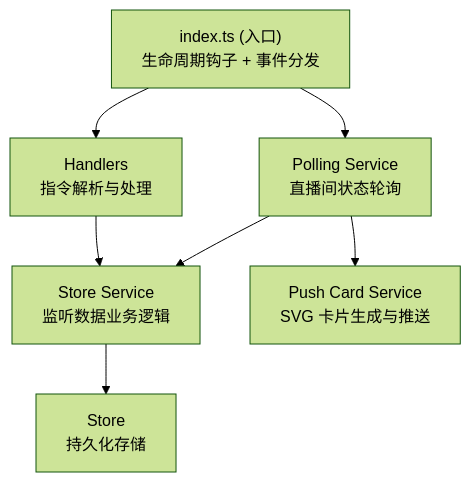
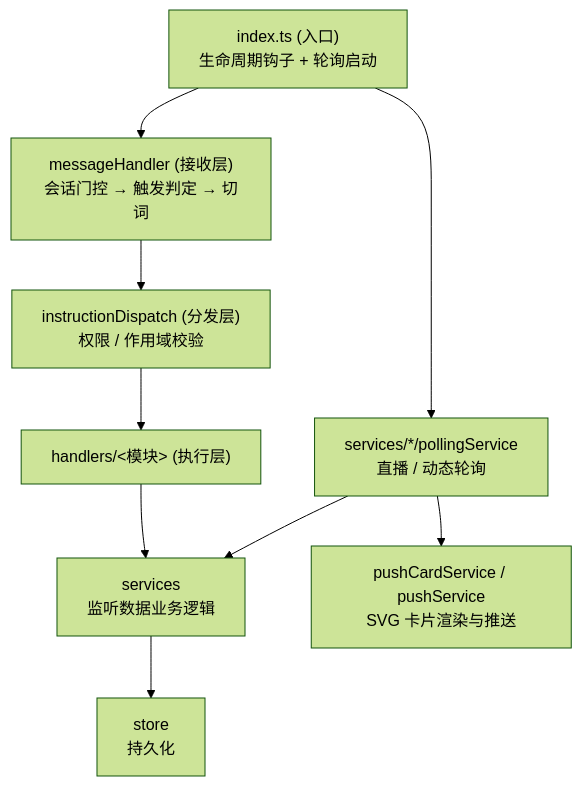
One commit to AliubYiero/napcat-plugin-bilibili-monitor changed the diagram in README.md. Above: the diagram before and after it, drawn with Mermaid (forest theme). The commit also changed other lines of this file and 310 other files, not shown here.

````diff
--- a/README.md
+++ b/README.md
@@ -194,10 +178,12 @@
 ```mermaid
 graph TD
-    Entry["index.ts (入口)<br/>生命周期钩子 + 事件分发"]
-    Entry --> Handlers["Handlers<br/>指令解析与处理"]
-    Entry --> Polling["Polling Service<br/>直播间状态轮询"]
-    Handlers --> StoreService["Store Service<br/>监听数据业务逻辑"]
-    Polling --> StoreService
-    StoreService --> Store["Store<br/>持久化存储"]
-    Polling --> PushCard["Push Card Service<br/>SVG 卡片生成与推送"]
+    Entry["index.ts (入口)<br/>生命周期钩子 + 轮询启动"]
+    Entry --> Handler["messageHandler (接收层)<br/>会话门控 → 触发判定 → 切词"]
+    Handler --> Dispatch["instructionDispatch (分发层)<br/>权限 / 作用域校验"]
+    Dispatch --> Exec["handlers/&lt;模块&gt; (执行层)"]
+    Exec --> Service["services<br/>监听数据业务逻辑"]
+    Entry --> Polling["services/*/pollingService<br/>直播 / 动态轮询"]
+    Polling --> Service
+    Service --> Store["store<br/>持久化"]
+    Polling --> Push["pushCardService / pushService<br/>SVG 卡片渲染与推送"]
 ```
````
